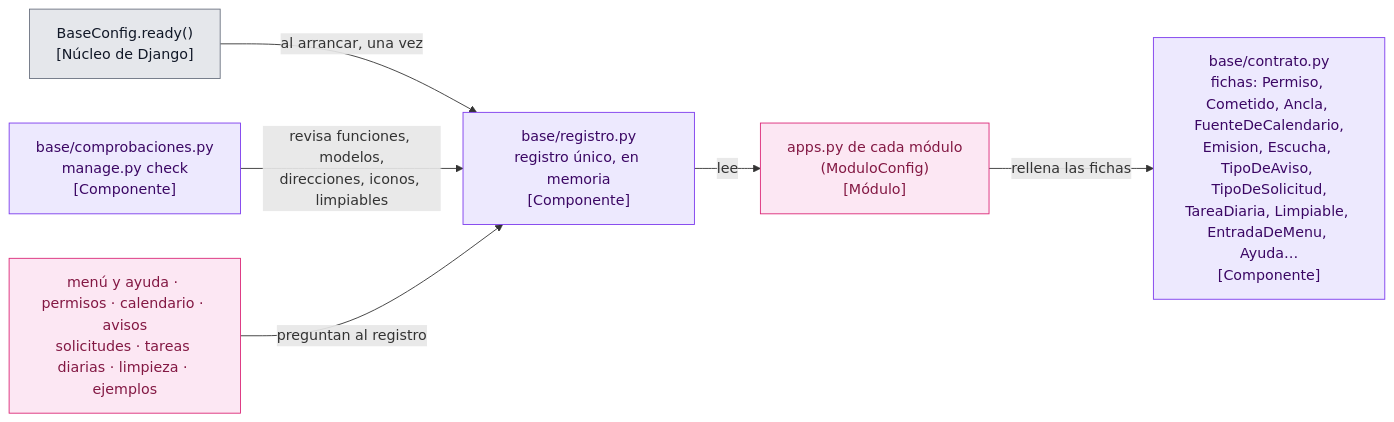
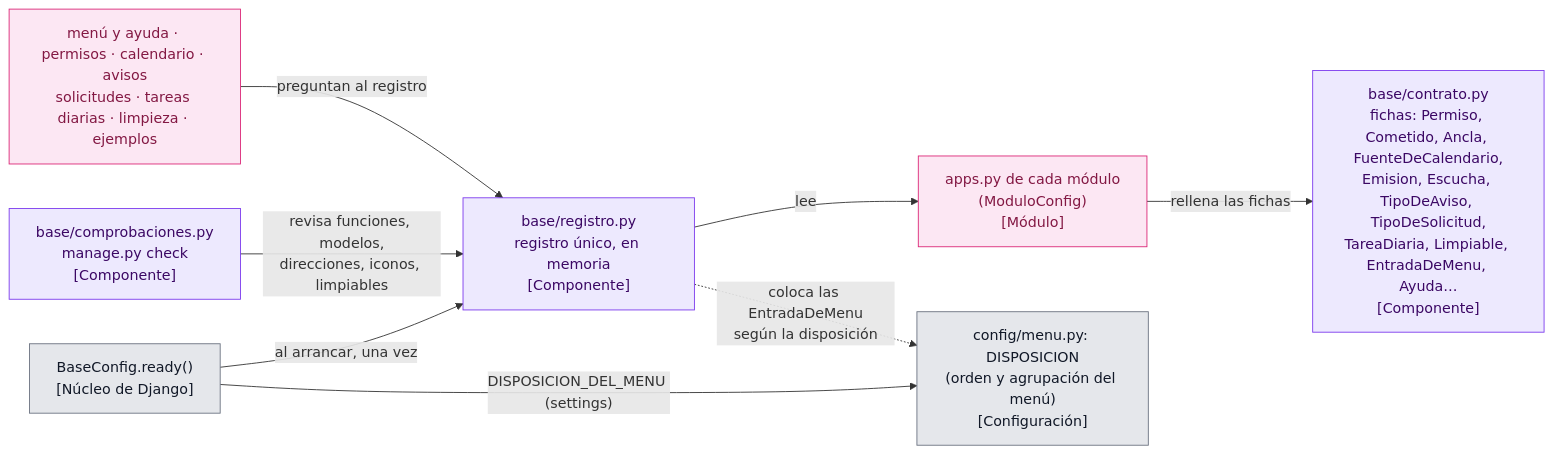
One commit to chemabc/groupy changed the fourth of 33 diagrams in docs/arquitectura.md. Above: the diagram before and after it, drawn with Mermaid. The commit also changed other lines of this file and 54 other files, not shown here.

````diff
--- a/docs/arquitectura.md
+++ b/docs/arquitectura.md
@@ -204,17 +204,20 @@
 ```mermaid
 flowchart LR
   classDef capabase fill:#ede9fe,stroke:#7c3aed,color:#3b0764
   classDef modulo fill:#fce7f3,stroke:#db2777,color:#831843
   classDef django fill:#e5e7eb,stroke:#6b7280,color:#111827
   apps["apps.py de cada módulo<br/>(ModuloConfig)<br/>[Módulo]"]:::modulo
   contrato["base/contrato.py<br/>fichas: Permiso, Cometido, Ancla, FuenteDeCalendario,<br/>Emision, Escucha, TipoDeAviso, TipoDeSolicitud,<br/>TareaDiaria, Limpiable, EntradaDeMenu, Ayuda…<br/>[Componente]"]:::capabase
   registro["base/registro.py<br/>registro único, en memoria<br/>[Componente]"]:::capabase
   comprob["base/comprobaciones.py<br/>manage.py check<br/>[Componente]"]:::capabase
   ready["BaseConfig.ready()<br/>[Núcleo de Django]"]:::django
   usos["menú y ayuda · permisos · calendario · avisos<br/>solicitudes · tareas diarias · limpieza · ejemplos"]:::modulo
+  menu["config/menu.py: DISPOSICION<br/>(orden y agrupación del menú)<br/>[Configuración]"]:::django
   apps -- "rellena las fichas" --> contrato
   ready -- "al arrancar, una vez" --> registro
+  ready -- "DISPOSICION_DEL_MENU (settings)" --> menu
+  registro -. "coloca las EntradaDeMenu<br/>según la disposición" .-> menu
   registro -- "lee" --> apps
   comprob -- "revisa funciones, modelos,<br/>direcciones, iconos, limpiables" --> registro
   usos -- "preguntan al registro" --> registro
 ```
````
